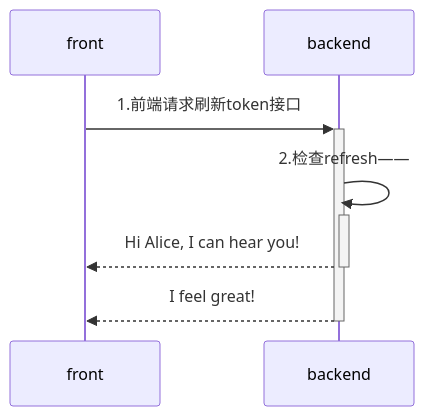
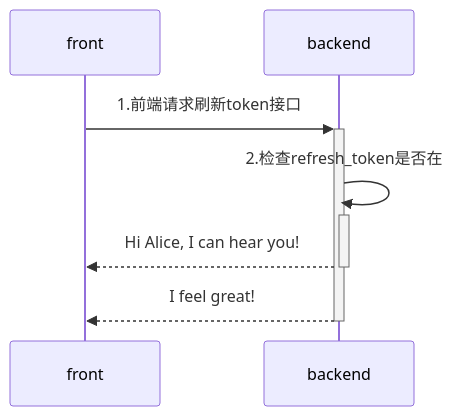
The diagram in all/未命名-4.md (yingjianzh/iodraw-files), drawn with Mermaid before and after one commit.

Commit message:
2024-08-02 17:41:09 update

````diff
--- a/all/未命名-4.md
+++ b/all/未命名-4.md
@@ -1,8 +1,8 @@
 ```mermaid
 sequenceDiagram
     front->>+backend: 1.前端请求刷新token接口
-    backend->>+backend: 2.检查refresh——
+    backend->>+backend: 2.检查refresh_token是否在
     backend-->>-front: Hi Alice, I can hear you!
     backend-->>-front: I feel great!
             
 ```
````
